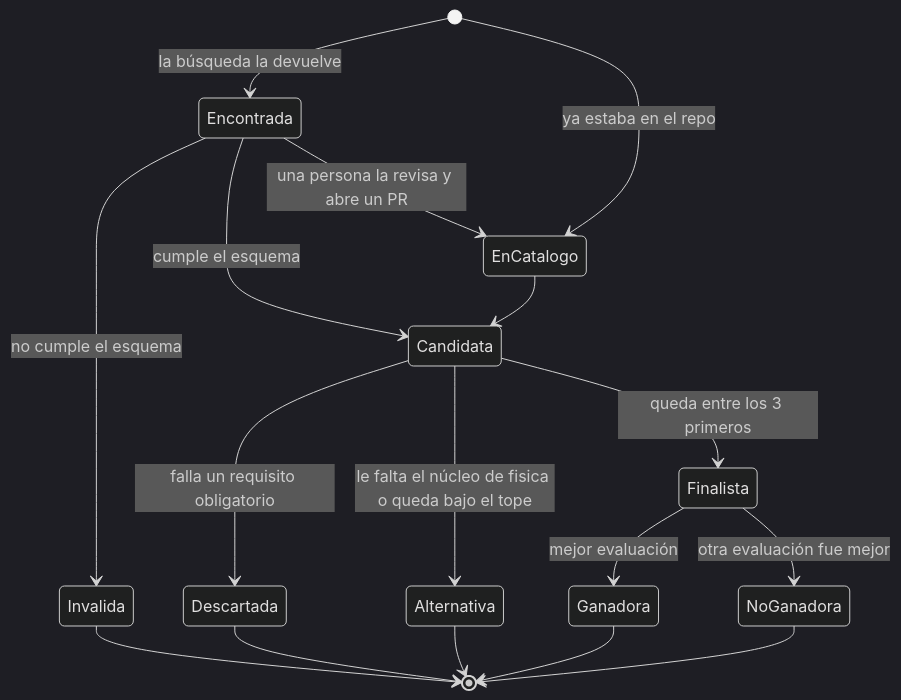
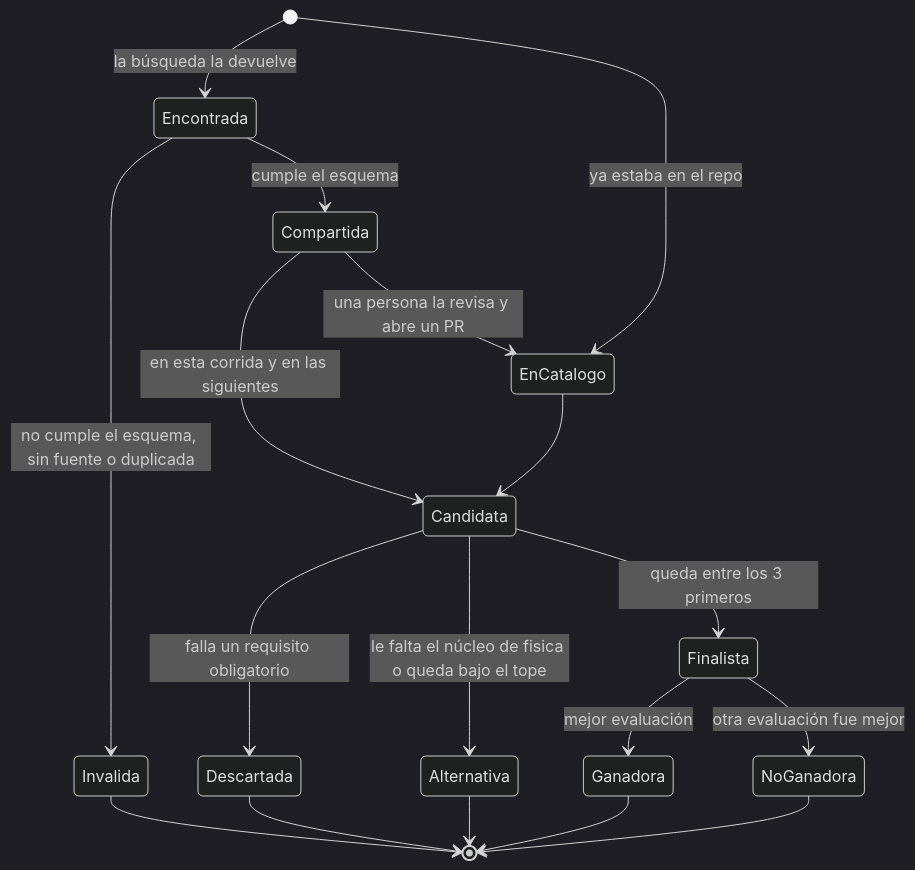
The seventh of 7 diagrams in docs/agentes/seleccion-robot-flujo.md (platanus-hack/platanus-hack-26-cl-team-4), drawn with Mermaid (dark theme) before and after one commit. The commit also changed other lines of this file and 5 other files, not shown here.

````diff
--- a/docs/agentes/seleccion-robot-flujo.md
+++ b/docs/agentes/seleccion-robot-flujo.md
@@ -149,19 +153,20 @@
 ```mermaid
 stateDiagram-v2
   [*] --> Encontrada: la búsqueda la devuelve
   [*] --> EnCatalogo: ya estaba en el repo
-  Encontrada --> Invalida: no cumple el esquema
-  Encontrada --> Candidata: cumple el esquema
+  Encontrada --> Invalida: no cumple el esquema, sin fuente o duplicada
+  Encontrada --> Compartida: cumple el esquema
+  Compartida --> Candidata: en esta corrida y en las siguientes
   EnCatalogo --> Candidata
   Candidata --> Descartada: falla un requisito obligatorio
   Candidata --> Alternativa: le falta el núcleo de fisica o queda bajo el tope
   Candidata --> Finalista: queda entre los 3 primeros
   Finalista --> Ganadora: mejor evaluación
   Finalista --> NoGanadora: otra evaluación fue mejor
-  Encontrada --> EnCatalogo: una persona la revisa y abre un PR
+  Compartida --> EnCatalogo: una persona la revisa y abre un PR
   Invalida --> [*]
   Descartada --> [*]
   Alternativa --> [*]
   Ganadora --> [*]
   NoGanadora --> [*]
 ```
````
